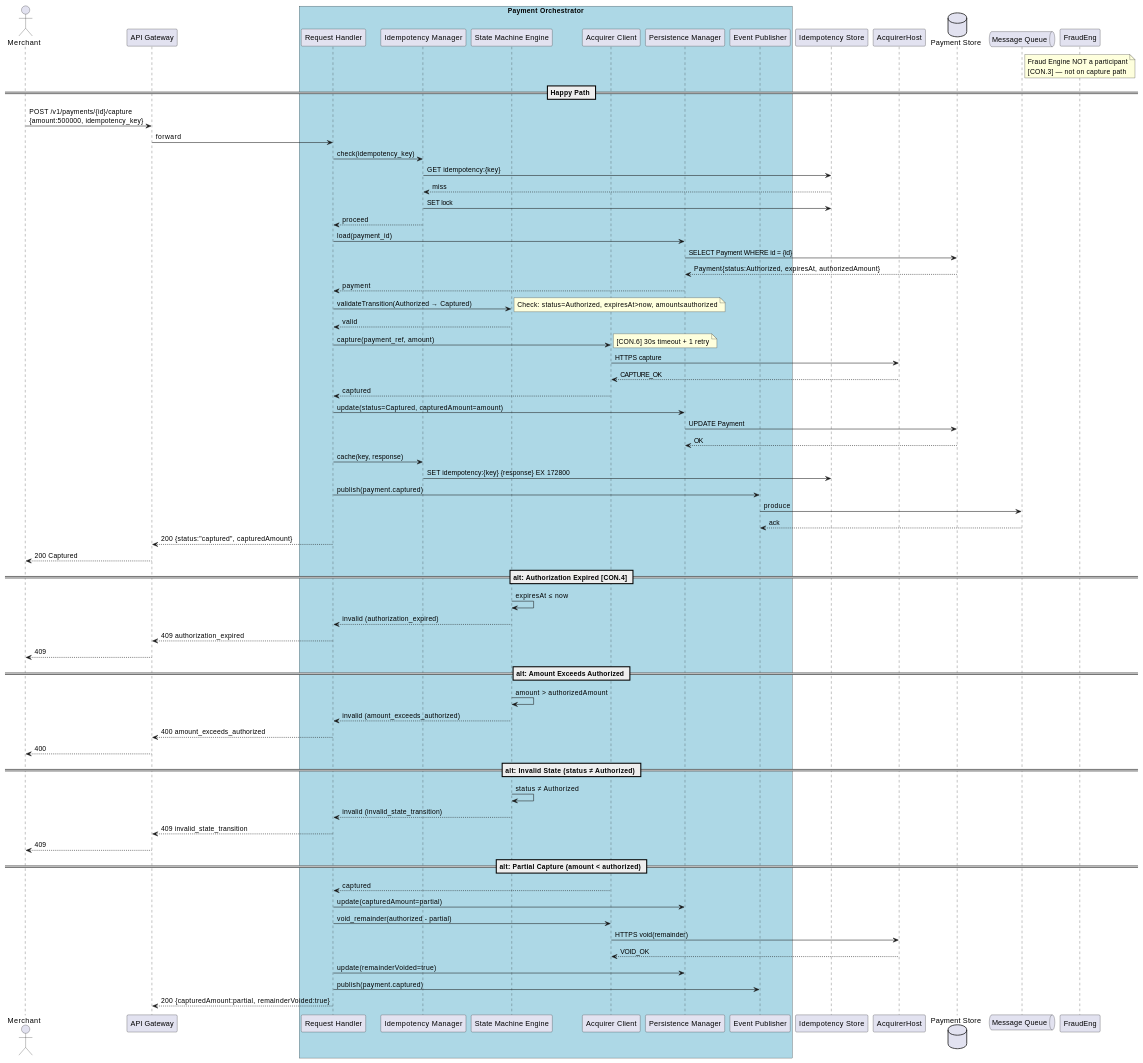
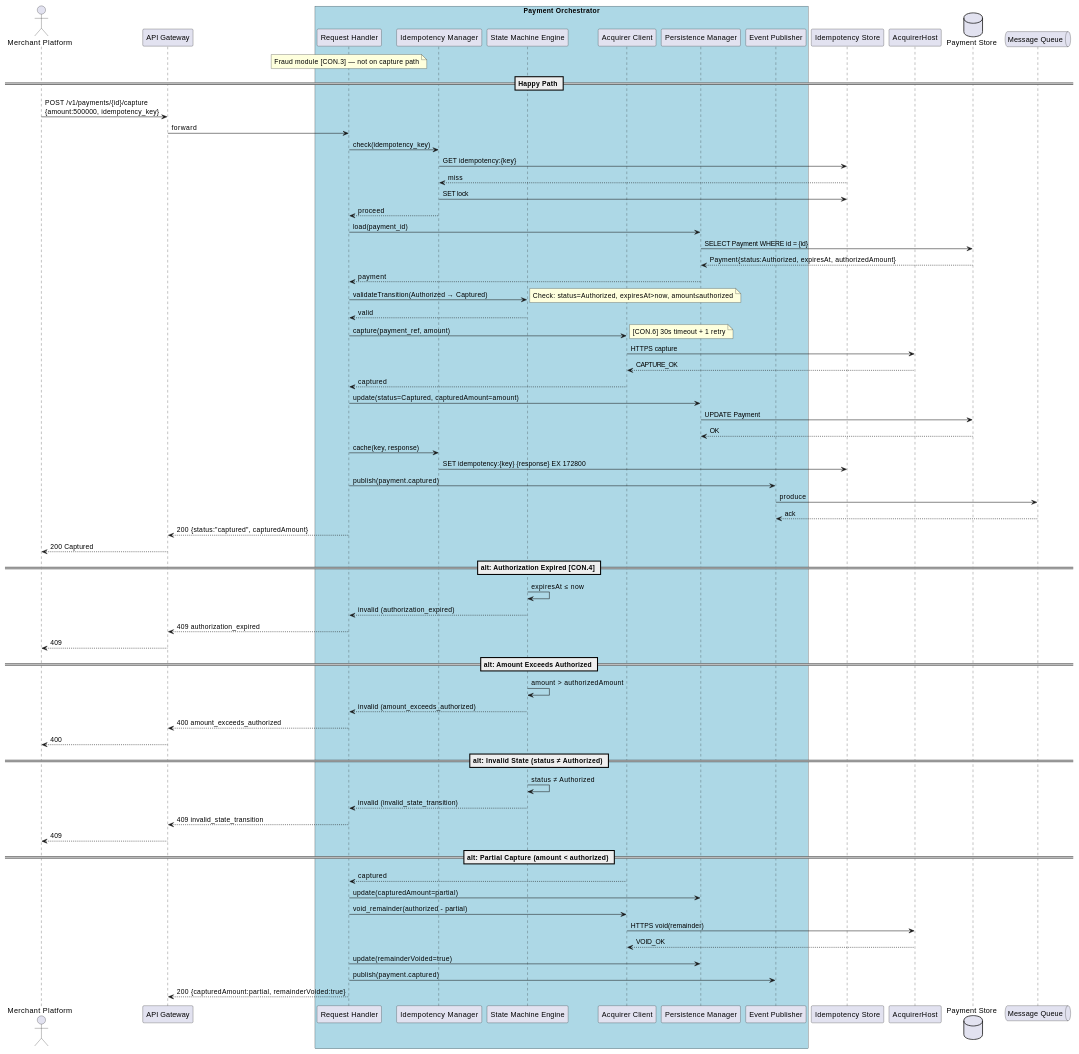
The second of 3 diagrams in Lb/Lab10-UML-Named-UseCases.md (manhtienptit/team3), drawn with PlantUML before and after one commit. The commit also changed other lines of this file and 6 other files, not shown here.

````diff
--- a/Lb/Lab10-UML-Named-UseCases.md
+++ b/Lb/Lab10-UML-Named-UseCases.md
@@ -168,6 +164,6 @@
 ```plantuml
 @startuml
-actor "Merchant" as Merchant
+actor "Merchant Platform" as Merchant
 participant "API Gateway" as APIGW
 box "Payment Orchestrator" #LightBlue
   participant "Request Handler" as ReqHandler
@@ -182,7 +178,7 @@
 database "Payment Store" as PG
 queue "Message Queue" as MQ
 
-note over FraudEng: Fraud Engine NOT a participant\n[CON.3] — not on capture path
+note over ReqHandler: Fraud module [CON.3] — not on capture path
 
 == Happy Path ==
 
````
